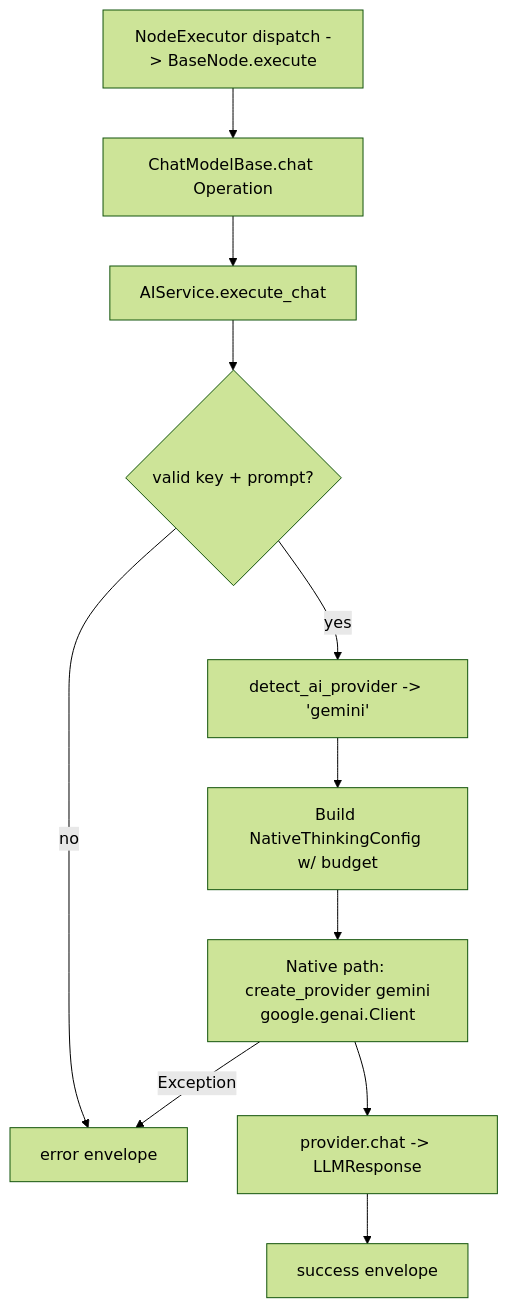
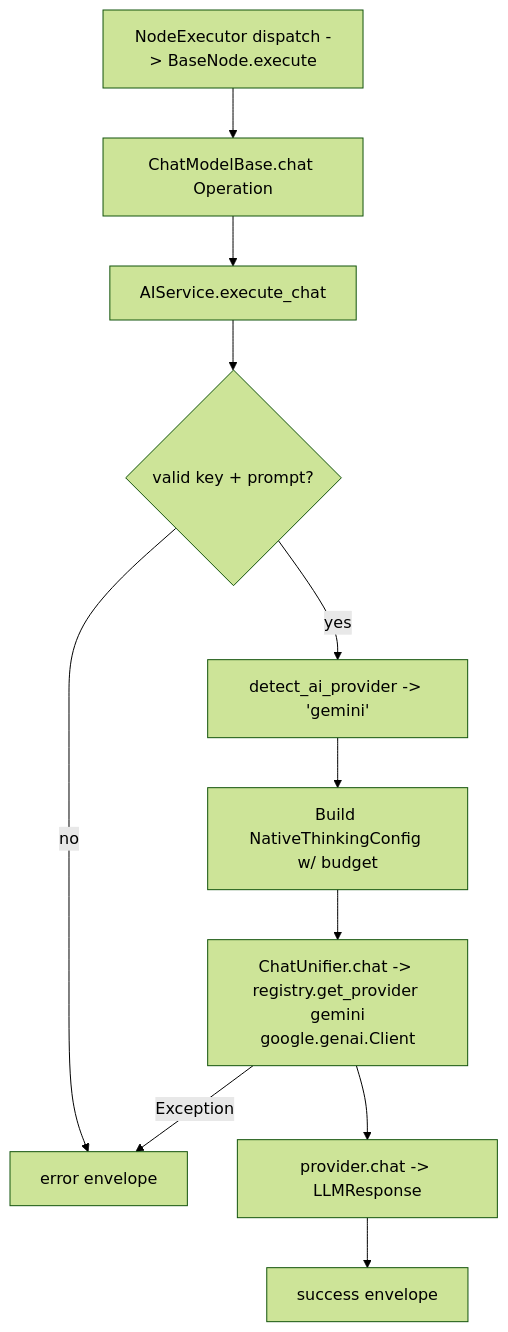
Before and after one commit to zeenie-ai/OpenCompany: the diagram in docs-internal/node-logic-flows/ai_chat_models/geminiChatModel.md, drawn with Mermaid (forest theme). The commit also changed 39 other files, not shown here.

````diff
--- a/docs-internal/node-logic-flows/ai_chat_models/geminiChatModel.md
+++ b/docs-internal/node-logic-flows/ai_chat_models/geminiChatModel.md
@@ -63,13 +63,13 @@
 ```mermaid
 flowchart TD
   A[NodeExecutor dispatch -> BaseNode.execute] --> B[ChatModelBase.chat Operation]
   B --> C[AIService.execute_chat]
   C --> D{valid key + prompt?}
   D -- no --> X[error envelope]
   D -- yes --> E[detect_ai_provider -> 'gemini']
   E --> F[Build NativeThinkingConfig w/ budget]
-  F --> G[Native path: create_provider gemini<br/>google.genai.Client]
+  F --> G[ChatUnifier.chat -> registry.get_provider gemini<br/>google.genai.Client]
   G --> H[provider.chat -> LLMResponse]
   H --> I[success envelope]
   G -- Exception --> X
 ```
````
